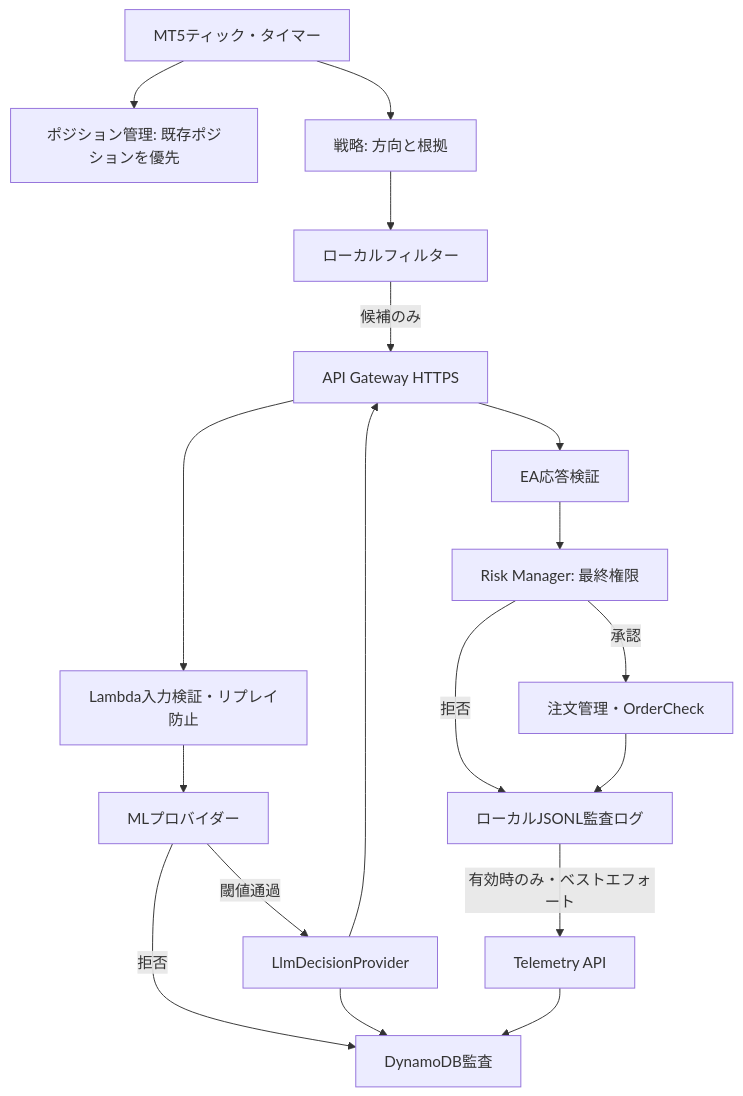
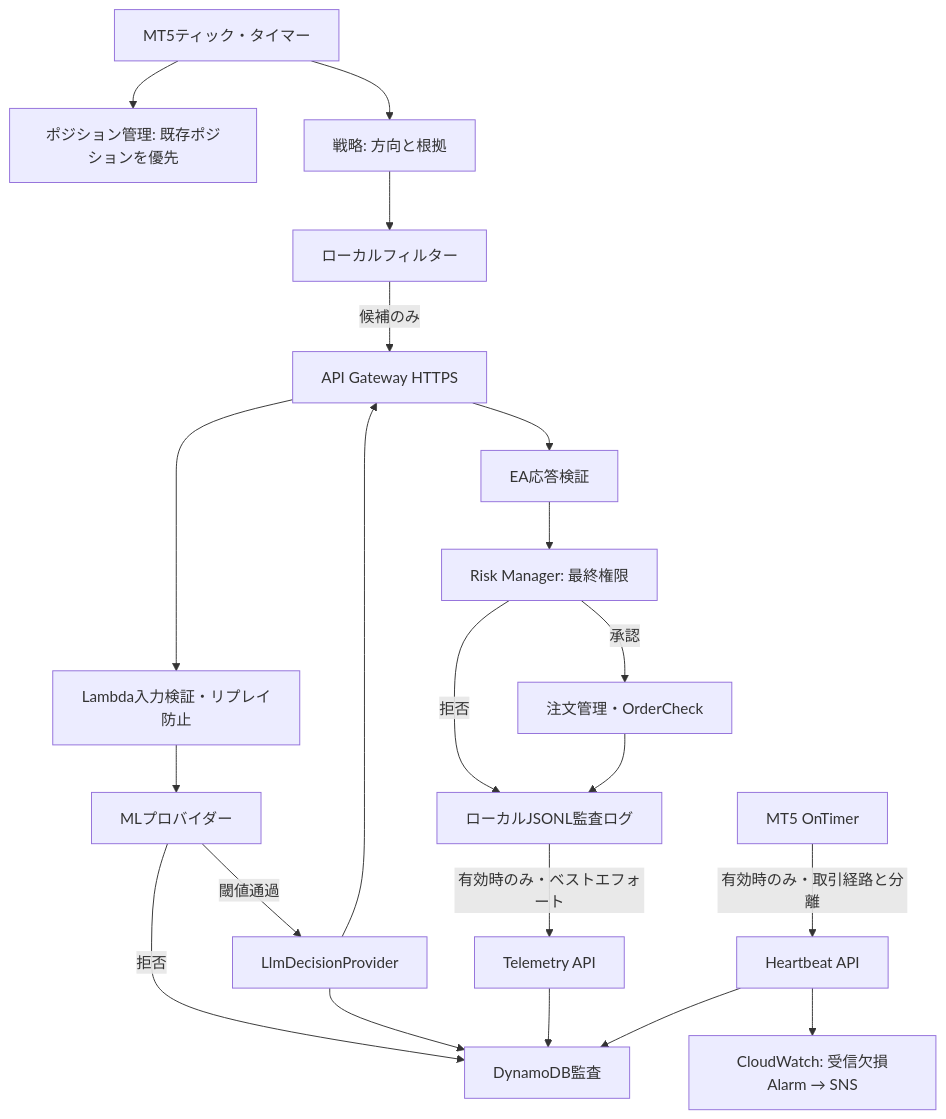
One commit to ryknk/EA-Trading-System changed the diagram in docs/architecture.md. Above: the diagram before and after it, drawn with Mermaid. The commit also changed other lines of this file and 70 other files, not shown here.

````diff
--- a/docs/architecture.md
+++ b/docs/architecture.md
@@ -15,20 +15,23 @@
 ```mermaid
 flowchart TD
   T["MT5ティック・タイマー"] --> PM["ポジション管理: 既存ポジションを優先"]
   T --> S["戦略: 方向と根拠"]
   S --> F["ローカルフィルター"]
   F -->|候補のみ| API["API Gateway HTTPS"]
   API --> V["Lambda入力検証・リプレイ防止"]
   V --> ML["MLプロバイダー"]
   ML -->|閾値通過| LLM["LlmDecisionProvider"]
   ML -->|拒否| DDB["DynamoDB監査"]
   LLM --> DDB
   LLM --> API
   API --> C["EA応答検証"]
   C --> RM["Risk Manager: 最終権限"]
   RM -->|承認| OM["注文管理・OrderCheck"]
   RM -->|拒否| LOG["ローカルJSONL監査ログ"]
   OM --> LOG
   LOG -->|有効時のみ・ベストエフォート| TEL["Telemetry API"]
   TEL --> DDB
+  TM["MT5 OnTimer"] -->|有効時のみ・取引経路と分離| HB["Heartbeat API"]
+  HB --> DDB
+  HB --> CW["CloudWatch: 受信欠損Alarm → SNS"]
 ```
````
